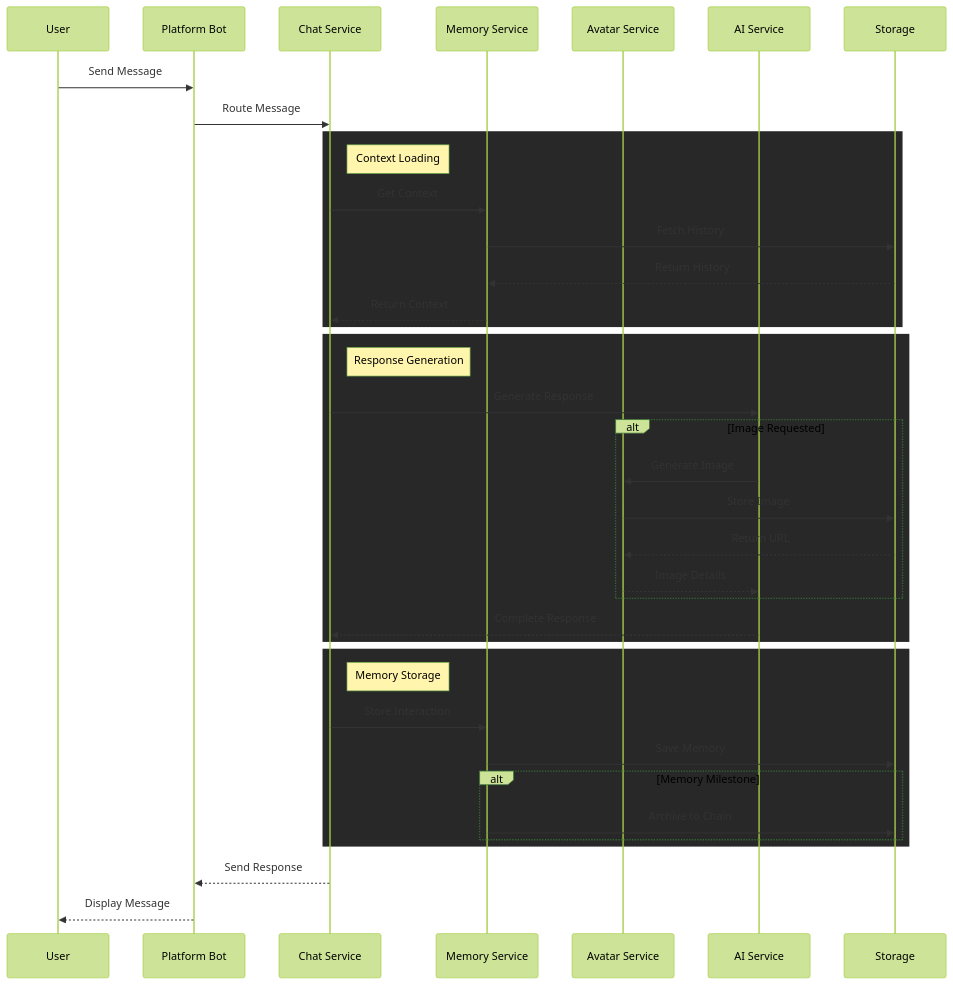
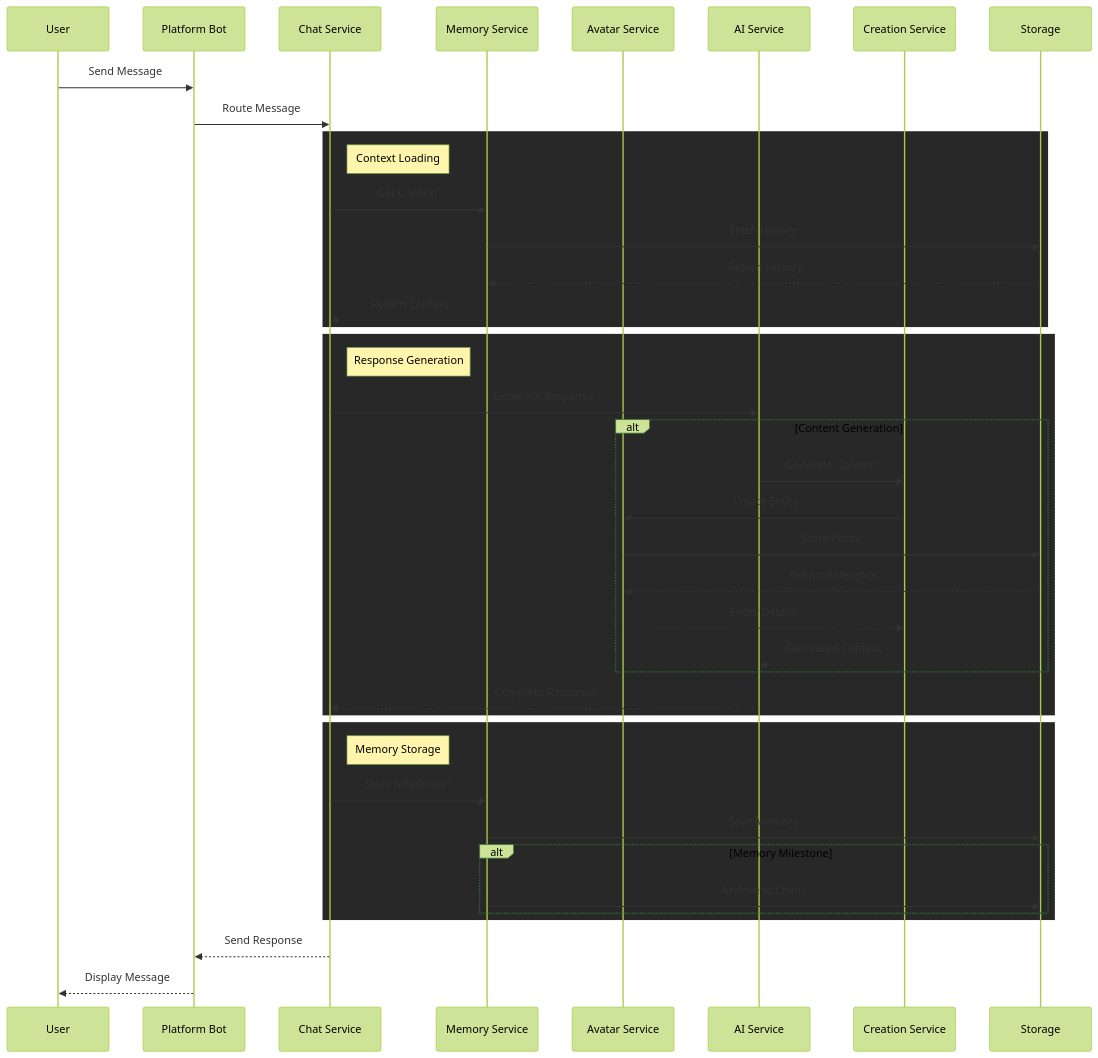
Before and after one commit to immanencer/cosyworld8: the second of 2 diagrams in docs/03-system-diagram.md, drawn with Mermaid (forest theme). The commit also changed other lines of this file and 40 other files, not shown here.

````diff
--- a/docs/03-system-diagram.md
+++ b/docs/03-system-diagram.md
@@ -79,40 +87,43 @@
 ```mermaid
 sequenceDiagram
     participant U as User
     participant B as Platform Bot
     participant C as Chat Service
     participant M as Memory Service
     participant A as Avatar Service
     participant AI as AI Service
+    participant CR as Creation Service
     participant S as Storage
     U->>B: Send Message
     B->>C: Route Message
     rect rgb(40, 40, 40)
         note right of C: Context Loading
         C->>M: Get Context
         M->>S: Fetch History
         S-->>M: Return History
         M-->>C: Return Context
     end
     rect rgb(40, 40, 40)
         note right of C: Response Generation
         C->>AI: Generate Response
-        alt Image Requested
-            AI->>A: Generate Image
-            A->>S: Store Image
-            S-->>A: Return URL
-            A-->>AI: Image Details
+        alt Content Generation
+            AI->>CR: Generate Content
+            CR->>A: Create Entity
+            A->>S: Store Entity
+            S-->>A: Return Reference
+            A-->>CR: Entity Details
+            CR-->>AI: Generated Content
         end
         AI-->>C: Complete Response
     end
     rect rgb(40, 40, 40)
         note right of C: Memory Storage
         C->>M: Store Interaction
         M->>S: Save Memory
         alt Memory Milestone
             M->>S: Archive to Chain
         end
     end
     C-->>B: Send Response
     B-->>U: Display Message
 ```
````
